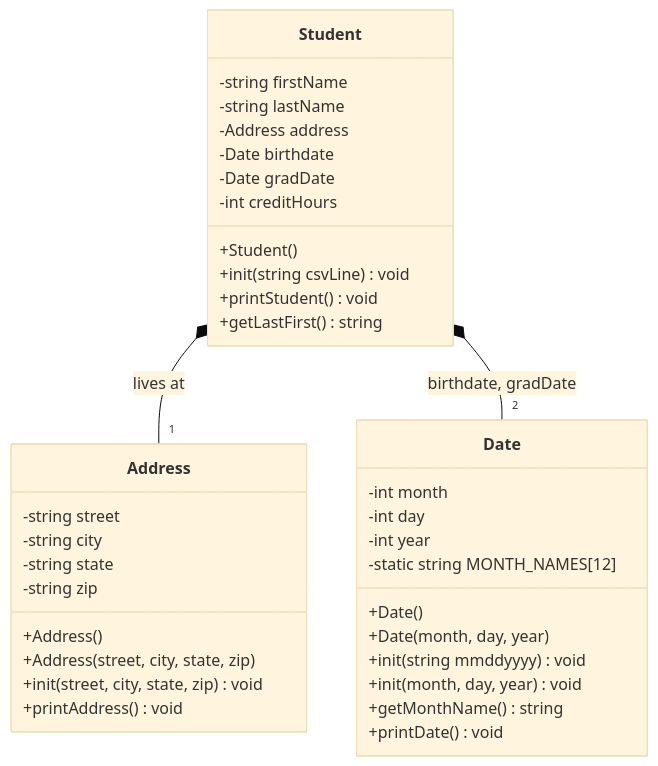
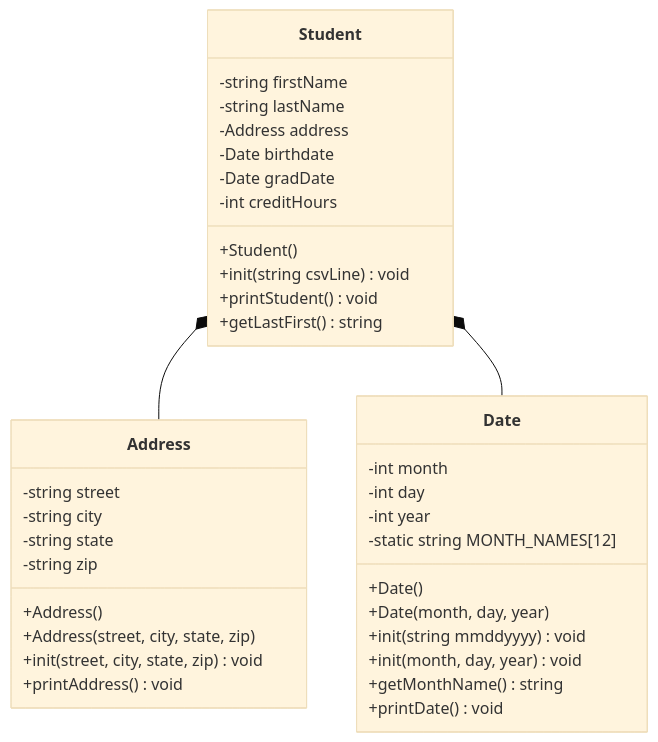
One commit to etomlinson04/Heap_of_students_pt1_project changed the diagram in README.md. Above: the diagram before and after it, drawn with Mermaid (base theme).

````diff
--- a/README.md
+++ b/README.md
@@ -5,39 +5,39 @@
 ```mermaid
 classDiagram
   class Address {
     -string street
     -string city
     -string state
     -string zip
     +Address()
     +Address(street, city, state, zip)
     +init(street, city, state, zip) void
     +printAddress() void
   }
   class Date {
     -int month
     -int day
     -int year
     -static string MONTH_NAMES[12]
     +Date()
     +Date(month, day, year)
     +init(string mmddyyyy) void
     +init(month, day, year) void
     +getMonthName() string
     +printDate() void
   }
   class Student {
     -string firstName
     -string lastName
     -Address address
     -Date birthdate
     -Date gradDate
     -int creditHours
     +Student()
     +init(string csvLine) void
     +printStudent() void
     +getLastFirst() string
   }
-  Student *-- "1" Address : lives at
-  Student *-- "2" Date : birthdate, gradDate
+  Student *--  Address : 
+  Student *--  Date : 
 ```
````
